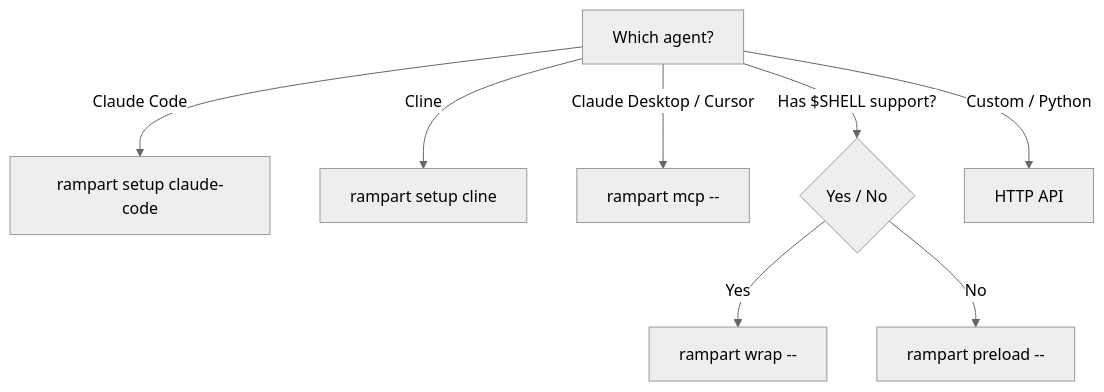
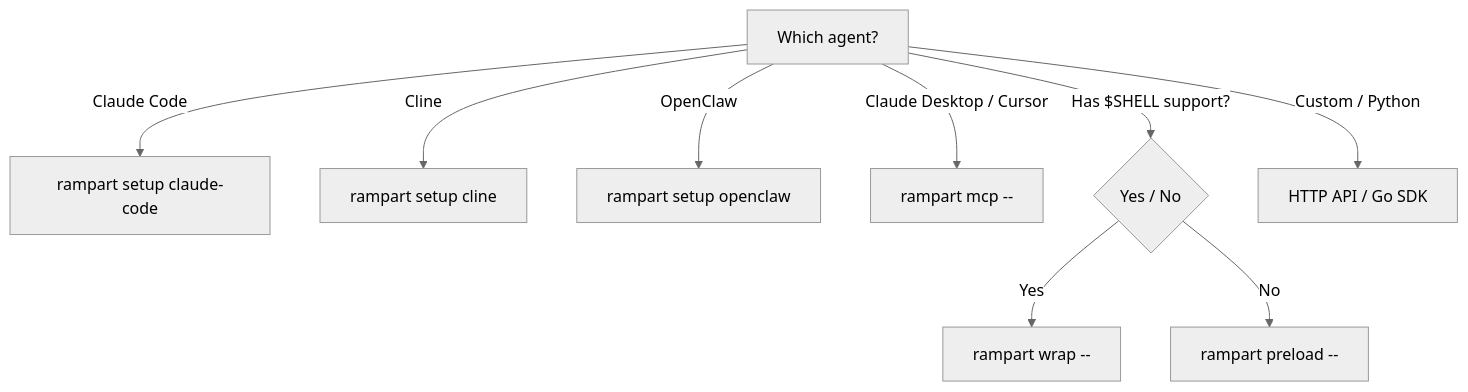
One commit to peg/rampart changed the diagram in docs-site/integrations/index.md. Above: the diagram before and after it, drawn with Mermaid (neutral theme). The commit also changed other lines of this file and 23 other files, not shown here.

First line of the commit message:
docs + feat: v0.2.1 — hook ask, diagrams, full doc audit

````diff
--- a/docs-site/integrations/index.md
+++ b/docs-site/integrations/index.md
@@ -30,10 +46,11 @@
 ```mermaid
 graph TD
-    A[Which agent?] -->|Claude Code| B[rampart setup claude-code]
-    A -->|Cline| C[rampart setup cline]
-    A -->|Claude Desktop / Cursor| D[rampart mcp --]
+    A[Which agent?] -->|Claude Code| B["rampart setup claude-code"]
+    A -->|Cline| C["rampart setup cline"]
+    A -->|OpenClaw| OC["rampart setup openclaw"]
+    A -->|Claude Desktop / Cursor| D["rampart mcp --"]
     A -->|Has $SHELL support?| E{Yes / No}
-    E -->|Yes| F[rampart wrap --]
-    E -->|No| G[rampart preload --]
-    A -->|Custom / Python| H[HTTP API]
+    E -->|Yes| F["rampart wrap --"]
+    E -->|No| G["rampart preload --"]
+    A -->|Custom / Python| H[HTTP API / Go SDK]
 ```
````
